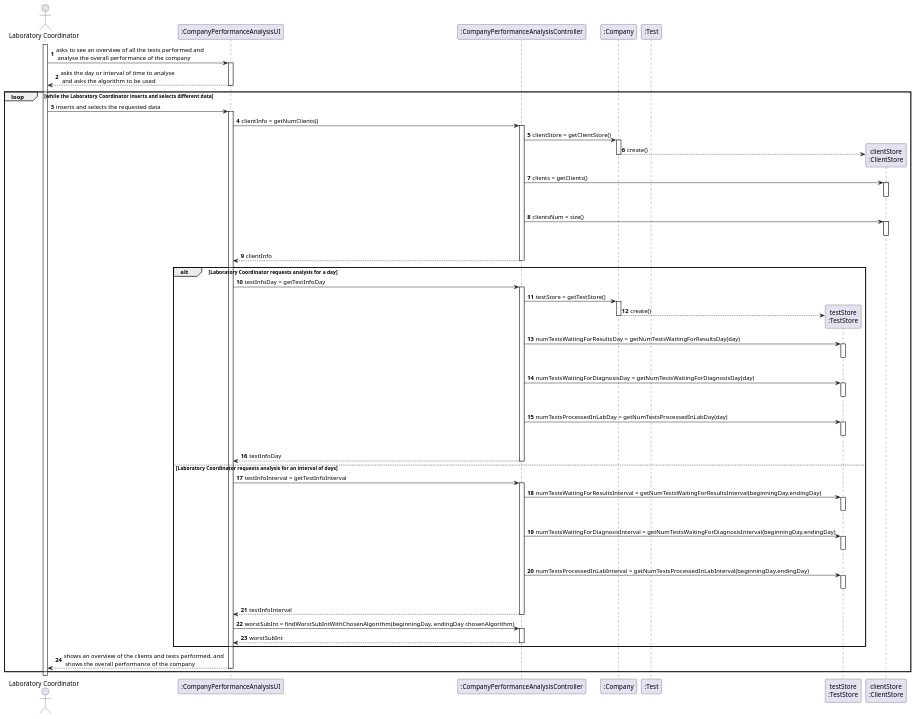
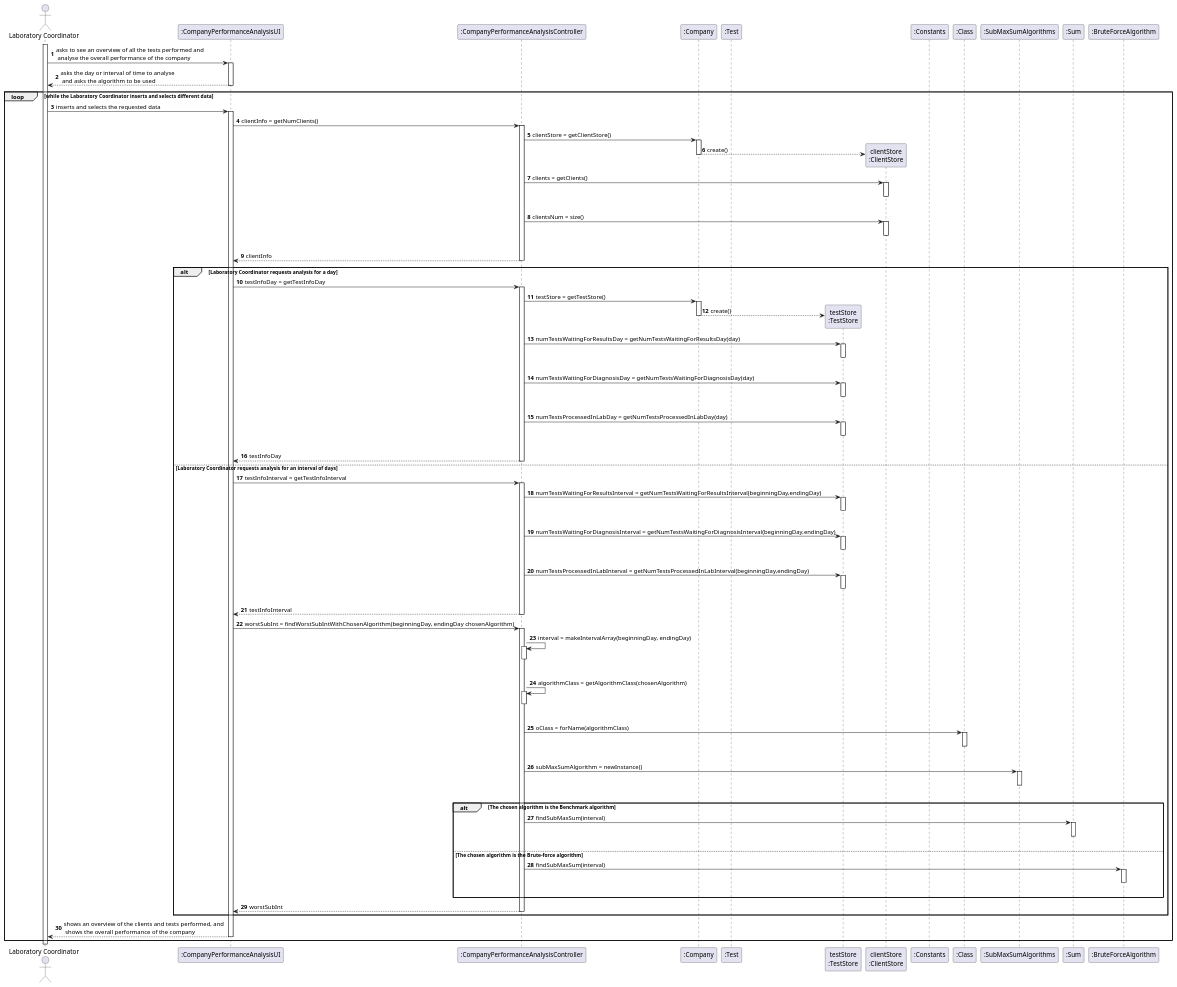
The diagram in docs/SprintD/US_16/US16_SD.puml (ana-albergaria/LAPR2-ISEP), drawn with PlantUML before and after one commit. The commit also changed 2 other files, not shown here.

```diff
--- a/docs/SprintD/US_16/US16_SD.puml
+++ b/docs/SprintD/US_16/US16_SD.puml
@@ -1,98 +1,140 @@
 @startuml
 autonumber
 actor "Laboratory Coordinator" as LC
 
 participant ":CompanyPerformanceAnalysisUI" as UI
 participant ":CompanyPerformanceAnalysisController" as CTRL
 participant ":Company" as CMP
 participant ":Test" as TST
 participant "testStore\n:TestStore" as TSTSTORE
 participant "clientStore\n:ClientStore" as CLTSTORE
+participant ":Constants" as CST
+participant ":Class" as CL
+participant ":SubMaxSumAlgorithms" as SMSA
+participant ":Sum" as SUM
+participant ":BruteForceAlgorithm" as BFA
 
 activate LC
 LC -> UI : asks to see an overview of all the tests performed and \n analyse the overall performance of the company
 activate UI
 UI --> LC : asks the day or interval of time to analyse \n and asks the algorithm to be used
 deactivate UI
 
 loop while the Laboratory Coordinator inserts and selects different data
 LC -> UI : inserts and selects the requested data
 activate UI
 
 UI -> CTRL : clientInfo = getNumClients()
 activate CTRL
 
 CTRL -> CMP : clientStore = getClientStore()
 activate CMP
 CMP --> CLTSTORE** : create()
 deactivate CMP
 CTRL -> CLTSTORE : clients = getClients()
 activate CLTSTORE
 |||
 deactivate CLTSTORE
 CTRL -> CLTSTORE : clientsNum = size()
 activate CLTSTORE
 |||
 deactivate CLTSTORE
 
 CTRL --> UI : clientInfo
 deactivate CTRL
 
 alt Laboratory Coordinator requests analysis for a day
 
 UI -> CTRL : testInfoDay = getTestInfoDay
 activate CTRL
 
 CTRL -> CMP : testStore = getTestStore()
 activate CMP
 CMP --> TSTSTORE** : create()
 deactivate CMP
 CTRL -> TSTSTORE : numTestsWaitingForResultsDay = getNumTestsWaitingForResultsDay(day)
 activate TSTSTORE
 |||
 deactivate TSTSTORE
 CTRL -> TSTSTORE : numTestsWaitingForDiagnosisDay = getNumTestsWaitingForDiagnosisDay(day)
 activate TSTSTORE
 |||
 deactivate TSTSTORE
 CTRL -> TSTSTORE : numTestsProcessedInLabDay = getNumTestsProcessedInLabDay(day)
 activate TSTSTORE
 |||
 deactivate TSTSTORE
 
 CTRL --> UI : testInfoDay
 deactivate CTRL
 
 else Laboratory Coordinator requests analysis for an interval of days
 
 UI -> CTRL : testInfoInterval = getTestInfoInterval
 activate CTRL
 
 CTRL -> TSTSTORE : numTestsWaitingForResultsInterval = getNumTestsWaitingForResultsInterval(beginningDay,endingDay)
 activate TSTSTORE
 |||
 deactivate TSTSTORE
 CTRL -> TSTSTORE : numTestsWaitingForDiagnosisInterval = getNumTestsWaitingForDiagnosisInterval(beginningDay,endingDay)
 activate TSTSTORE
 |||
 deactivate TSTSTORE
 CTRL -> TSTSTORE : numTestsProcessedInLabInterval = getNumTestsProcessedInLabInterval(beginningDay,endingDay)
 activate TSTSTORE
 |||
 deactivate TSTSTORE
 
 CTRL --> UI : testInfoInterval
 deactivate CTRL
 
 UI -> CTRL : worstSubInt = findWorstSubIntWithChosenAlgorithm(beginningDay, endingDay chosenAlgorithm)
 activate CTRL
+
+CTRL -> CTRL : interval = makeIntervalArray(beginningDay, endingDay)
+activate CTRL
+|||
+deactivate CTRL
+
+CTRL -> CTRL : algorithmClass = getAlgorithmClass(chosenAlgorithm)
+activate CTRL
+|||
+deactivate CTRL
+
+CTRL -> CL : oClass = forName(algorithmClass)
+activate CL
+|||
+deactivate CL
+
+CTRL -> SMSA : subMaxSumAlgorithm = newInstance()
+activate SMSA
+|||
+deactivate SMSA
+
+alt The chosen algorithm is the Benchmark algorithm
+
+CTRL -> SUM : findSubMaxSum(interval)
+activate SUM
+|||
+deactivate SUM
+
+else The chosen algorithm is the Brute-force algorithm
+
+CTRL -> BFA : findSubMaxSum(interval)
+activate BFA
+|||
+deactivate BFA
+
+end
+
 CTRL --> UI : worstSubInt
 deactivate CTRL
 
 end
 
 UI --> LC : shows an overview of the clients and tests performed, and \n shows the overall performance of the company
 deactivate UI
 end
 
 @enduml
```
